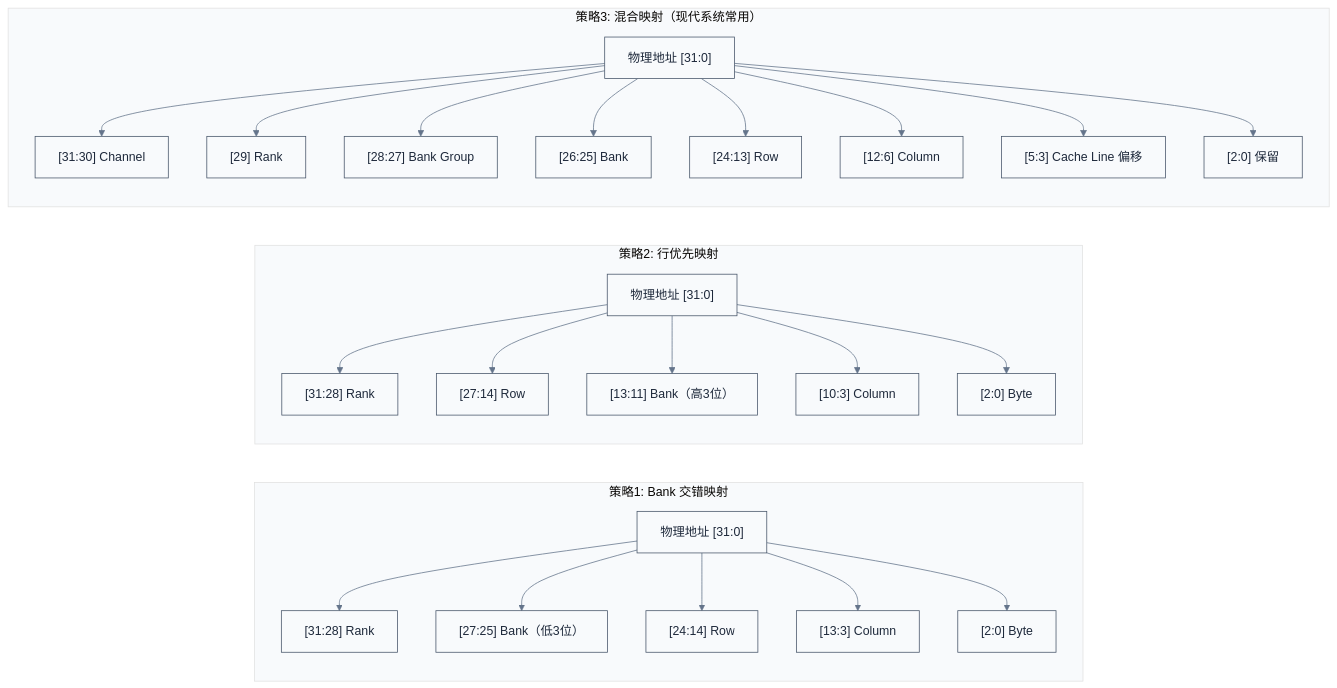
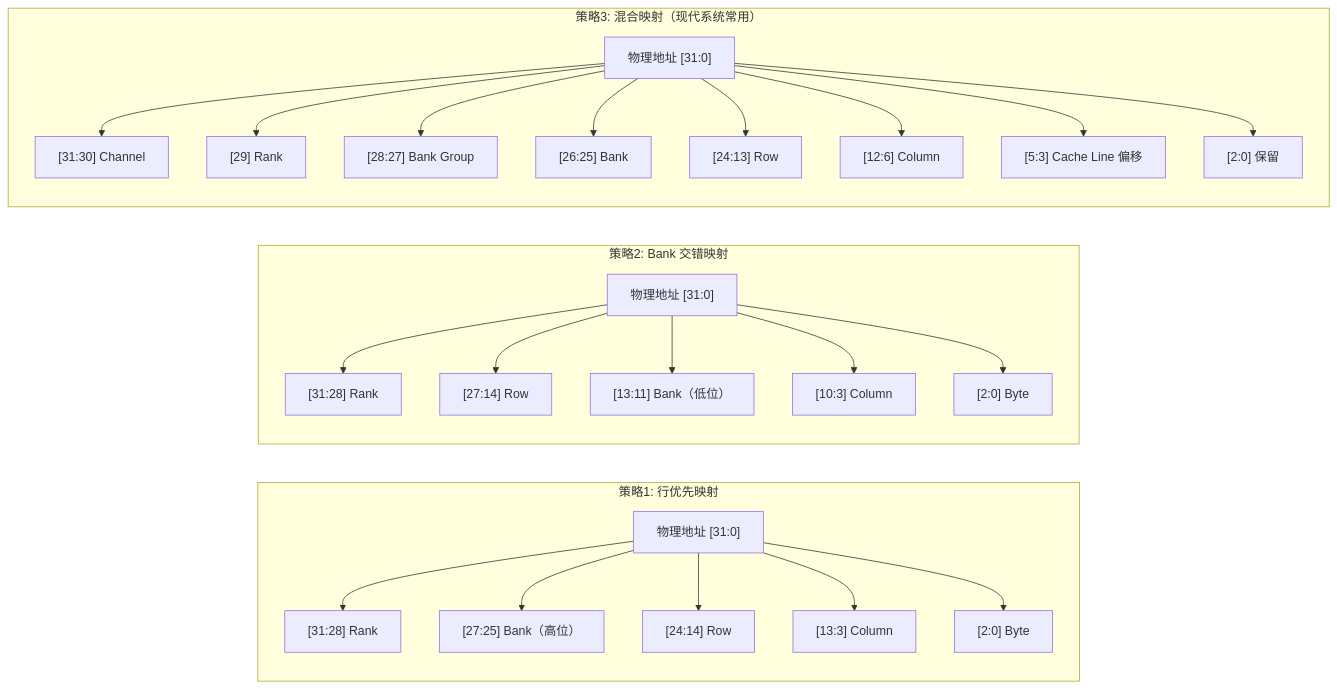
The fourth of 9 diagrams in ddr/06-DDR性能优化与测量调试.md (swjtuer326/cs-learning-notes), drawn with Mermaid before and after one commit. The commit also changed other lines of this file and 281 other files, not shown here.

````diff
--- a/ddr/06-DDR性能优化与测量调试.md
+++ b/ddr/06-DDR性能优化与测量调试.md
@@ -184,33 +222,32 @@
 ```mermaid
-%%{init: {"theme": "base", "themeVariables": {"primaryColor": "#f8fafc", "primaryTextColor": "#1e293b", "primaryBorderColor": "#475569", "lineColor": "#64748b", "secondaryColor": "#f1f5f9", "secondaryBorderColor": "#94a3b8", "tertiaryColor": "#f8fafc", "fontFamily": "\"trebuchet ms\", verdana, arial, sans-serif"}}}%%
 flowchart LR
-    subgraph "策略1: Bank 交错映射"
+    subgraph "策略1: 行优先映射"
         direction TB
         S1["物理地址 [31:0]"] --> S1R["[31:28] Rank"]
-        S1 --> S1B["[27:25] Bank（低3位）"]
+        S1 --> S1B["[27:25] Bank（高位）"]
         S1 --> S1Row["[24:14] Row"]
         S1 --> S1Col["[13:3] Column"]
         S1 --> S1Byte["[2:0] Byte"]
     end
 
-    subgraph "策略2: 行优先映射"
+    subgraph "策略2: Bank 交错映射"
         direction TB
         S2["物理地址 [31:0]"] --> S2R["[31:28] Rank"]
         S2 --> S2Row["[27:14] Row"]
-        S2 --> S2B["[13:11] Bank（高3位）"]
+        S2 --> S2B["[13:11] Bank（低位）"]
         S2 --> S2Col["[10:3] Column"]
         S2 --> S2Byte["[2:0] Byte"]
     end
 
     subgraph "策略3: 混合映射（现代系统常用）"
         direction TB
         S3["物理地址 [31:0]"] --> S3Ch["[31:30] Channel"]
         S3 --> S3R["[29] Rank"]
         S3 --> S3BG["[28:27] Bank Group"]
         S3 --> S3B["[26:25] Bank"]
         S3 --> S3Row["[24:13] Row"]
         S3 --> S3Col["[12:6] Column"]
         S3 --> S3CL["[5:3] Cache Line 偏移"]
         S3 --> S3Byte["[2:0] 保留"]
     end
 ```
````
